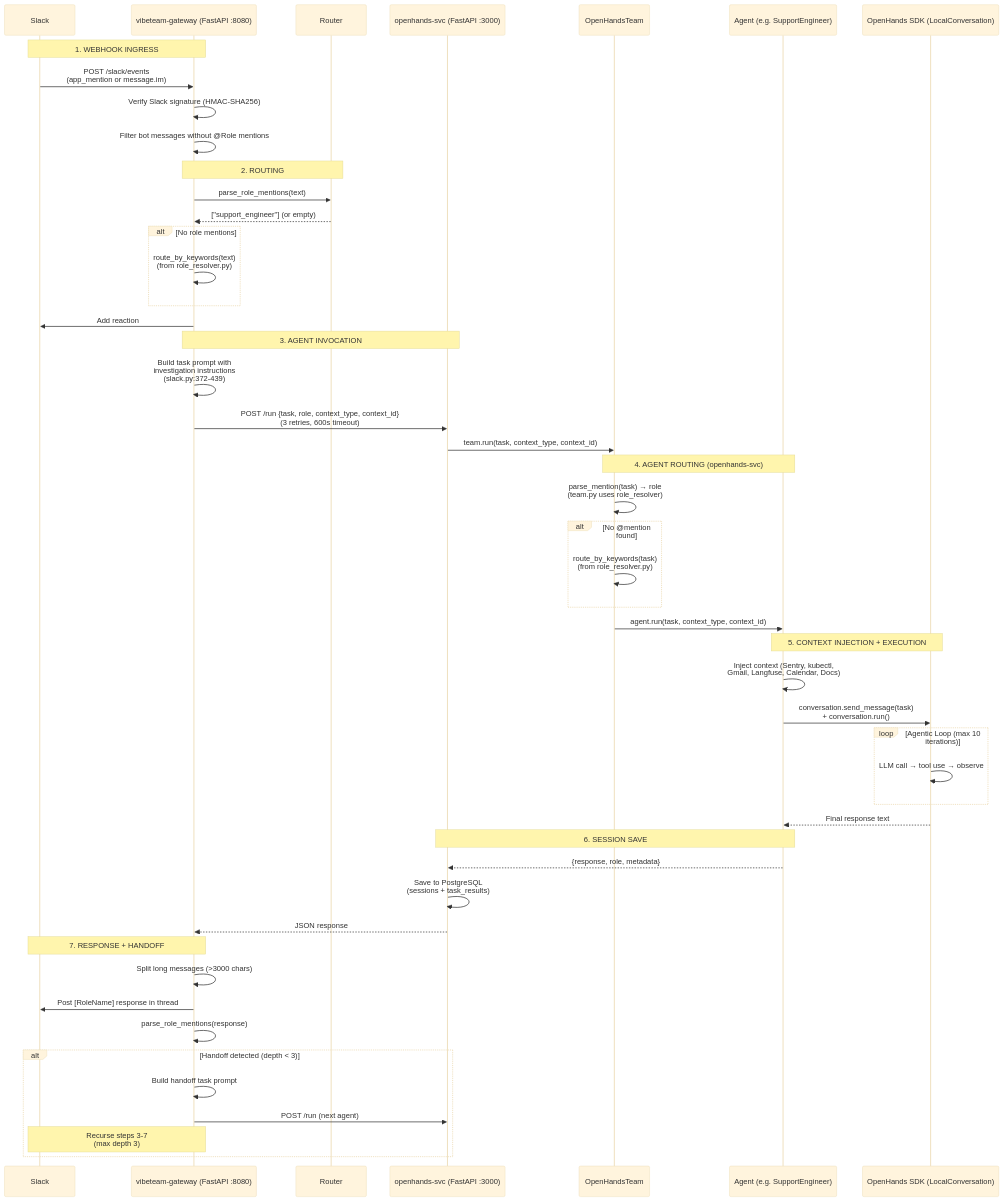
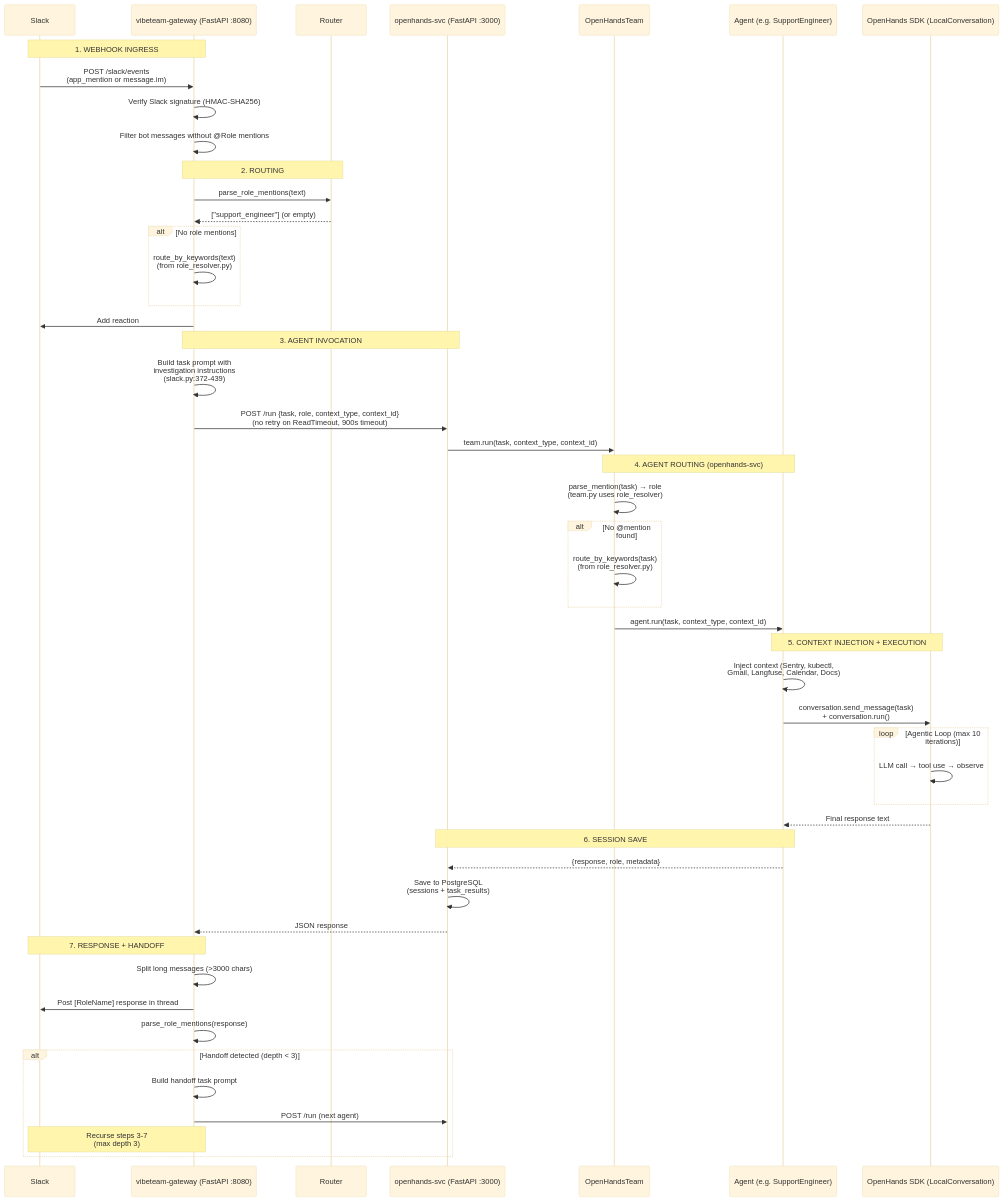
The diagram in plan.md (VibeTechnologies/VibeTeam), drawn with Mermaid (base theme) before and after one commit. The commit also changed other lines of this file and 2 other files, not shown here.

First line of the commit message:
fix(agents): increase SWE time limit and prevent gateway retry on ReadTimeout

````diff
--- a/plan.md
+++ b/plan.md
@@ -36,58 +32,58 @@
 ```mermaid
 sequenceDiagram
     participant Slack
     participant GW as vibeteam-gateway (FastAPI :8080)
     participant Router as Router
     participant OH as openhands-svc (FastAPI :3000)
     participant Team as OpenHandsTeam
     participant Agent as Agent (e.g. SupportEngineer)
     participant SDK as OpenHands SDK (LocalConversation)
 
     Note over Slack,GW: 1. WEBHOOK INGRESS
     Slack->>GW: POST /slack/events<br/>(app_mention or message.im)
     GW->>GW: Verify Slack signature (HMAC-SHA256)
     GW->>GW: Filter bot messages without @Role mentions
 
     Note over GW,Router: 2. ROUTING
     GW->>Router: parse_role_mentions(text)
     Router-->>GW: ["support_engineer"] (or empty)
     alt No role mentions
         GW->>GW: route_by_keywords(text)<br/>(from role_resolver.py)
     end
     GW->>Slack: Add reaction
 
     Note over GW,OH: 3. AGENT INVOCATION
     GW->>GW: Build task prompt with<br/>investigation instructions<br/>(slack.py:372-439)
-    GW->>OH: POST /run {task, role, context_type, context_id}<br/>(3 retries, 600s timeout)
+    GW->>OH: POST /run {task, role, context_type, context_id}<br/>(no retry on ReadTimeout, 900s timeout)
     OH->>Team: team.run(task, context_type, context_id)
 
     Note over Team,Agent: 4. AGENT ROUTING (openhands-svc)
     Team->>Team: parse_mention(task) → role<br/>(team.py uses role_resolver)
     alt No @mention found
         Team->>Team: route_by_keywords(task)<br/>(from role_resolver.py)
     end
     Team->>Agent: agent.run(task, context_type, context_id)
 
     Note over Agent,SDK: 5. CONTEXT INJECTION + EXECUTION
     Agent->>Agent: Inject context (Sentry, kubectl,<br/>Gmail, Langfuse, Calendar, Docs)
     Agent->>SDK: conversation.send_message(task)<br/>+ conversation.run()
     loop Agentic Loop (max 10 iterations)
         SDK->>SDK: LLM call → tool use → observe
     end
     SDK-->>Agent: Final response text
 
     Note over Agent,OH: 6. SESSION SAVE
     Agent-->>OH: {response, role, metadata}
     OH->>OH: Save to PostgreSQL<br/>(sessions + task_results)
     OH-->>GW: JSON response
 
     Note over GW,Slack: 7. RESPONSE + HANDOFF
     GW->>GW: Split long messages (>3000 chars)
     GW->>Slack: Post [RoleName] response in thread
     GW->>GW: parse_role_mentions(response)
     alt Handoff detected (depth < 3)
         GW->>GW: Build handoff task prompt
         GW->>OH: POST /run (next agent)
         Note over GW,Slack: Recurse steps 3-7<br/>(max depth 3)
     end
 ```
````
